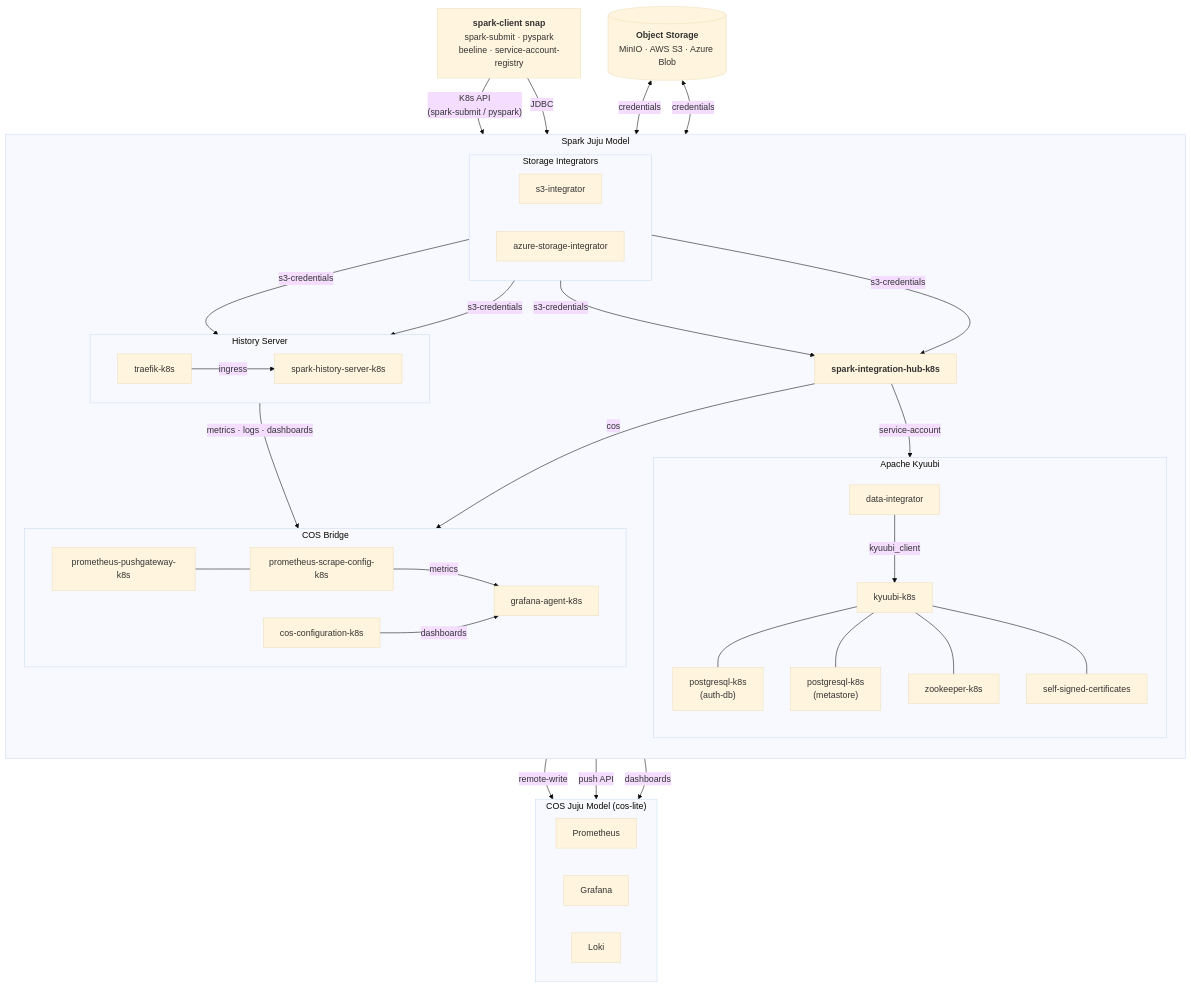
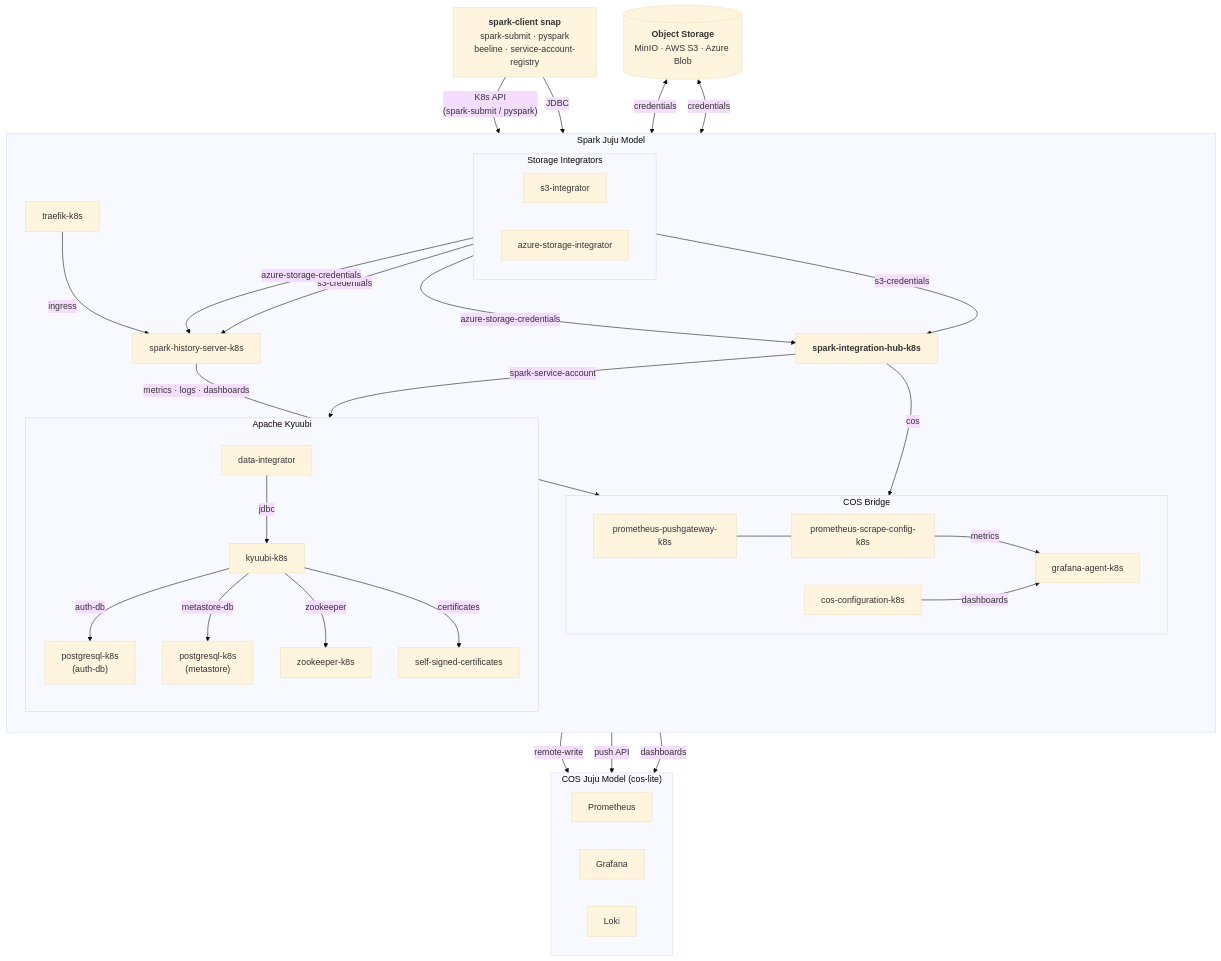
Before and after one commit to canonical/spark-k8s-bundle: the diagram in docs/explanation/component-overview.md, drawn with Mermaid (base theme). The commit also changed other lines of this file, not shown here.

Commit message:
Updates after review

````diff
--- a/docs/explanation/component-overview.md
+++ b/docs/explanation/component-overview.md
@@ -83,68 +85,68 @@
 ```{mermaid}
 flowchart TB
     client["<b>spark-client snap</b><br>spark-submit · pyspark<br>beeline · service-account-registry"]
     backend[("<b>Object Storage</b><br>MinIO · AWS S3 · Azure Blob")]
 
     subgraph spark-model["Spark Juju Model"]
         direction TB
 
         hub["<b>spark-integration-hub-k8s</b>"]
 
         subgraph integrators["Storage Integrators"]
             direction LR
             s3int["s3-integrator"]
             azint["azure-storage-integrator"]
         end
 
-        subgraph hist-grp["History Server"]
-            direction LR
-            hs["spark-history-server-k8s"]
-            traefik["traefik-k8s"]
-        end
+        traefik["traefik-k8s"]
+        hs["spark-history-server-k8s"]
 
         subgraph kyu-grp["Apache Kyuubi"]
             direction TB
             kyuubi["kyuubi-k8s"]
             authdb["postgresql-k8s<br>(auth-db)"]
             metadb["postgresql-k8s<br>(metastore)"]
             zk["zookeeper-k8s"]
             tls["self-signed-certificates"]
             di["data-integrator"]
         end
 
         subgraph cos-bridge["COS Bridge"]
             direction LR
             pgw["prometheus-pushgateway-k8s"]
             scrape["prometheus-scrape-config-k8s"]
             agent["grafana-agent-k8s"]
             cosconf["cos-configuration-k8s"]
         end
     end
 
     subgraph cos-model["COS Juju Model (cos-lite)"]
         direction LR
         prom["Prometheus"]
         graf["Grafana"]
         loki_n["Loki"]
     end
 
     client -->|"K8s API<br>(spark-submit / pyspark)"| hub
     client -->|"JDBC"| kyuubi
-    backend <-->|credentials| s3int & azint
-    s3int & azint -->|s3-credentials| hub
-    s3int & azint -->|s3-credentials| hs
-    hub -->|service-account| kyuubi
+    backend <-->|credentials| s3int
+    backend <-->|credentials| azint
+    s3int -->|s3-credentials| hub
+    azint -->|azure-storage-credentials| hub
+    s3int -->|s3-credentials| hs
+    azint -->|azure-storage-credentials| hs
+    hub -->|spark-service-account| kyuubi
     hub -->|cos| pgw
     traefik -->|ingress| hs
-    kyuubi --- authdb
-    kyuubi --- metadb
-    kyuubi --- zk
-    kyuubi --- tls
-    di -->| kyuubi_client | kyuubi
+    kyuubi -->|auth-db| authdb
+    kyuubi -->|metastore-db| metadb
+    kyuubi -->|zookeeper| zk
+    kyuubi -->|certificates| tls
+    di -->|jdbc| kyuubi
     hs -->|metrics · logs · dashboards| agent
     pgw --- scrape -->|metrics| agent
     cosconf -->|dashboards| agent
     agent -->|remote-write| prom
     agent -->|push API| loki_n
     agent -->|dashboards| graf
 ```
````
